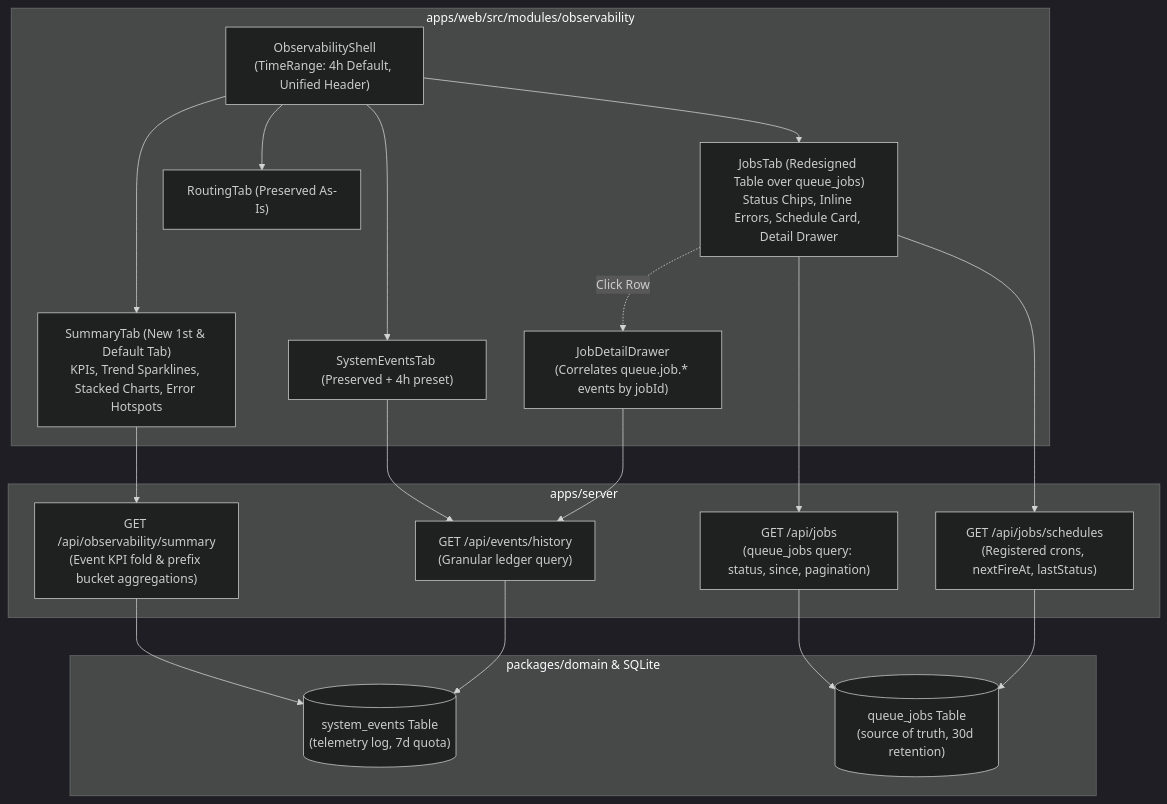
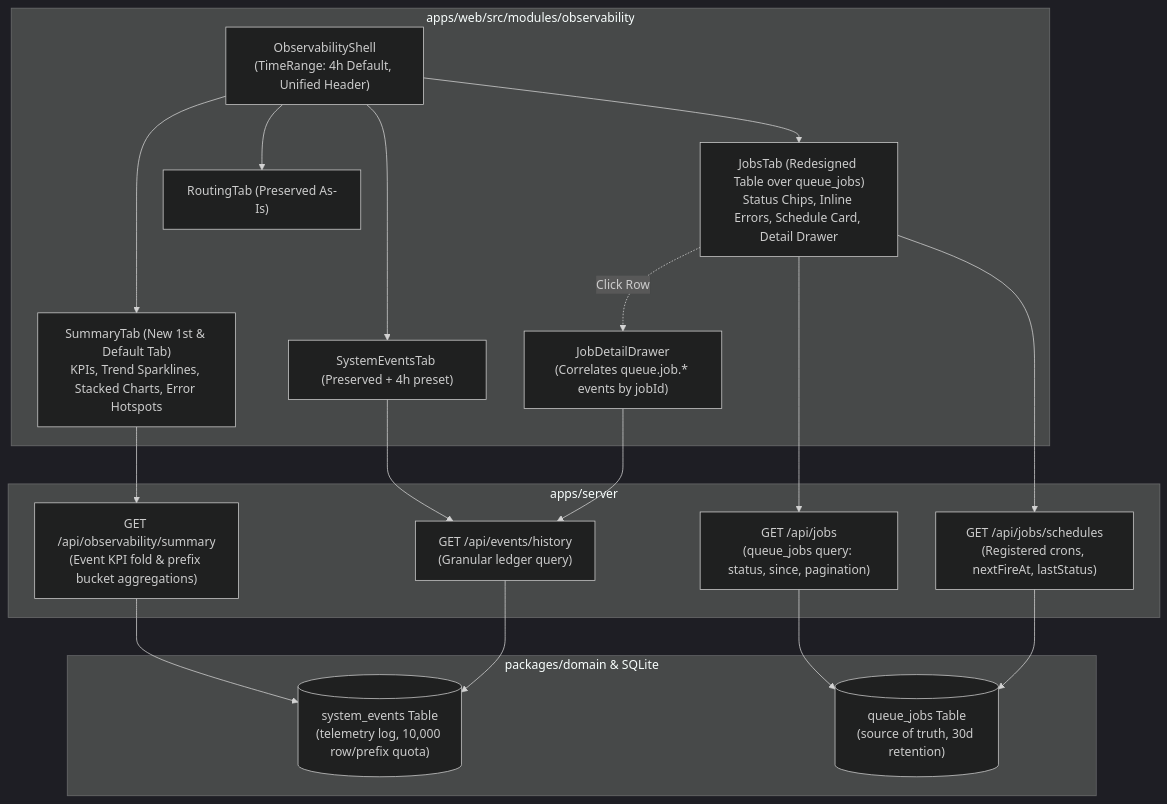
The diagram in docs/design/observability-module-refactor.md (gobing-ai/spur), drawn with Mermaid (dark theme) before and after one commit. The commit also changed other lines of this file, not shown here.

````diff
--- a/docs/design/observability-module-refactor.md
+++ b/docs/design/observability-module-refactor.md
@@ -17,40 +17,40 @@
 ```mermaid
 graph TD
     subgraph UI ["apps/web/src/modules/observability"]
         Shell["ObservabilityShell<br/>(TimeRange: 4h Default, Unified Header)"]
         TabSummary["SummaryTab (New 1st & Default Tab)<br/>KPIs, Trend Sparklines, Stacked Charts, Error Hotspots"]
         TabEvents["SystemEventsTab (Preserved + 4h preset)"]
         TabJobs["JobsTab (Redesigned Table over queue_jobs)<br/>Status Chips, Inline Errors, Schedule Card, Detail Drawer"]
         TabRouting["RoutingTab (Preserved As-Is)"]
         Drawer["JobDetailDrawer<br/>(Correlates queue.job.* events by jobId)"]
     end
 
     subgraph API ["apps/server"]
         RouteSummary["GET /api/observability/summary<br/>(Event KPI fold & prefix bucket aggregations)"]
         RouteEvents["GET /api/events/history<br/>(Granular ledger query)"]
         RouteJobsList["GET /api/jobs<br/>(queue_jobs query: status, since, pagination)"]
         RouteSchedules["GET /api/jobs/schedules<br/>(Registered crons, nextFireAt, lastStatus)"]
     end
 
     subgraph Storage ["packages/domain & SQLite"]
-        TableEvents[("system_events Table<br/>(telemetry log, 7d quota)")]
+        TableEvents[("system_events Table<br/>(telemetry log, 10,000 row/prefix quota)")]
         TableQueue[("queue_jobs Table<br/>(source of truth, 30d retention)")]
     end
 
     Shell --> TabSummary
     Shell --> TabEvents
     Shell --> TabJobs
     Shell --> TabRouting
 
     TabSummary --> RouteSummary
     TabEvents --> RouteEvents
     TabJobs --> RouteJobsList
     TabJobs --> RouteSchedules
     TabJobs -.->|Click Row| Drawer
     Drawer --> RouteEvents
 
     RouteSummary --> TableEvents
     RouteEvents --> TableEvents
     RouteJobsList --> TableQueue
     RouteSchedules --> TableQueue
 ```
````
